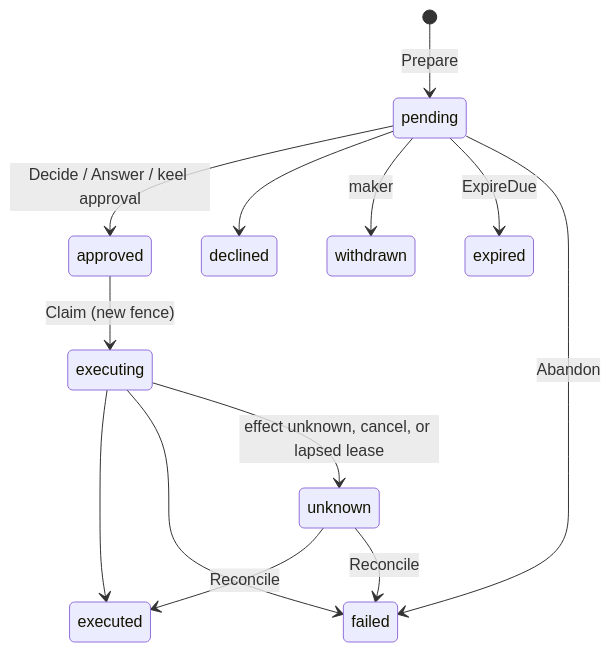
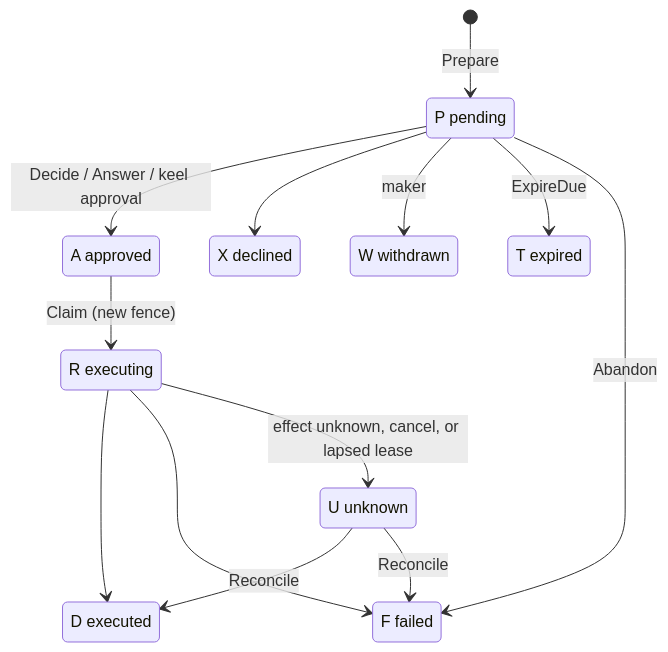
The diagram in doc/governance.md (nauticana/scout), drawn with Mermaid before and after one commit. The commit also changed other lines of this file and 216 other files, not shown here.

````diff
--- a/doc/governance.md
+++ b/doc/governance.md
@@ -307,15 +307,24 @@
 ```mermaid
 stateDiagram-v2
-    [*] --> pending: Prepare
-    pending --> approved: Decide / Answer / keel approval
-    pending --> declined
-    pending --> withdrawn: maker
-    pending --> expired: ExpireDue
-    pending --> failed: Abandon
-    approved --> executing: Claim (new fence)
-    executing --> executed
-    executing --> failed
-    executing --> unknown: effect unknown, cancel, or lapsed lease
-    unknown --> executed: Reconcile
-    unknown --> failed: Reconcile
+    state "P pending" as P
+    state "A approved" as A
+    state "X declined" as X
+    state "W withdrawn" as W
+    state "T expired" as T
+    state "F failed" as F
+    state "R executing" as R
+    state "D executed" as D
+    state "U unknown" as U
+    [*] --> P: Prepare
+    P --> A: Decide / Answer / keel approval
+    P --> X
+    P --> W: maker
+    P --> T: ExpireDue
+    P --> F: Abandon
+    A --> R: Claim (new fence)
+    R --> D
+    R --> F
+    R --> U: effect unknown, cancel, or lapsed lease
+    U --> D: Reconcile
+    U --> F: Reconcile
 ```
````
